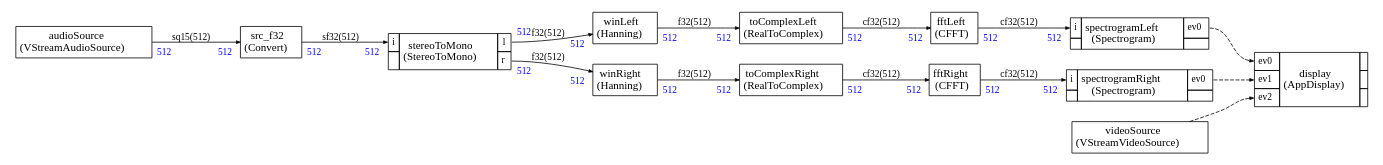
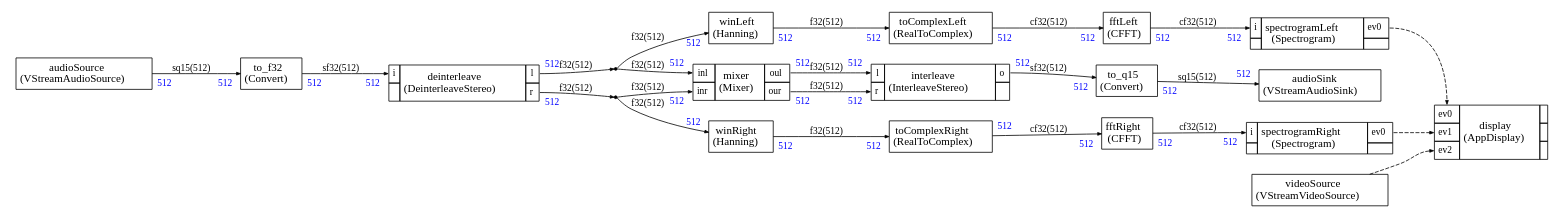
One commit to christophe0606/AlifAudioExample changed the diagram in App_HE/stream/scheduler/graph.dot. Above: the diagram before and after it, drawn with Graphviz. The commit also changed 36 other files, not shown here.

```diff
--- a/App_HE/stream/scheduler/graph.dot
+++ b/App_HE/stream/scheduler/graph.dot
@@ -9,12 +9,39 @@
     edge [arrowsize="0.5",color="black",fontcolor="black",fontname="Times-Roman"]
 
 
+audioSink [label=<
+<TABLE color="black" bgcolor="none" BORDER="0" CELLBORDER="1" CELLSPACING="0" CELLPADDING="4">
+  <TR>
+    <TD ALIGN="CENTER" PORT="i"><FONT COLOR="black" POINT-SIZE="14.0">audioSink<BR/>(VStreamAudioSink)</FONT></TD>
+  </TR>
+</TABLE>>];
+
 audioSource [label=<
 <TABLE color="black" bgcolor="none" BORDER="0" CELLBORDER="1" CELLSPACING="0" CELLPADDING="4">
   <TR>
     <TD ALIGN="CENTER" PORT="i"><FONT COLOR="black" POINT-SIZE="14.0">audioSource<BR/>(VStreamAudioSource)</FONT></TD>
   </TR>
 </TABLE>>];
+
+
+deinterleave [label=<
+<TABLE color="black" bgcolor="none" BORDER="0" CELLBORDER="1" CELLSPACING="0" CELLPADDING="4">
+  <TR>
+    <TD PORT="i"><FONT POINT-SIZE="12.0" COLOR="black">i</FONT></TD>
+    <TD ALIGN="CENTER" ROWSPAN="2"><FONT COLOR="black" POINT-SIZE="14.0">deinterleave<BR/>(DeinterleaveStereo)</FONT></TD>
+    <TD PORT="l"><FONT POINT-SIZE="12.0" COLOR="black">l</FONT></TD>
+  </TR>
+<TR>
+ 
+<TD></TD>
+<TD PORT="r"><FONT POINT-SIZE="12.0" COLOR="black">r</FONT></TD>
+</TR>
+
+</TABLE>>];
+
+dup0 [shape=point,label="dup0"]
+
+dup1 [shape=point,label="dup1"]
 
 fftLeft [label=<
 <TABLE color="black" bgcolor="none" BORDER="0" CELLBORDER="1" CELLSPACING="0" CELLPADDING="4">
@@ -28,6 +55,38 @@
   <TR>
     <TD ALIGN="CENTER" PORT="i"><FONT COLOR="black" POINT-SIZE="14.0">fftRight<BR/>(CFFT)</FONT></TD>
   </TR>
+</TABLE>>];
+
+
+interleave [label=<
+<TABLE color="black" bgcolor="none" BORDER="0" CELLBORDER="1" CELLSPACING="0" CELLPADDING="4">
+  <TR>
+    <TD PORT="l"><FONT POINT-SIZE="12.0" COLOR="black">l</FONT></TD>
+    <TD ALIGN="CENTER" ROWSPAN="2"><FONT COLOR="black" POINT-SIZE="14.0">interleave<BR/>(InterleaveStereo)</FONT></TD>
+    <TD PORT="o"><FONT POINT-SIZE="12.0" COLOR="black">o</FONT></TD>
+  </TR>
+<TR>
+<TD PORT="r"><FONT POINT-SIZE="12.0" COLOR="black">r</FONT></TD>
+
+ 
+<TD></TD></TR>
+
+</TABLE>>];
+
+
+mixer [label=<
+<TABLE color="black" bgcolor="none" BORDER="0" CELLBORDER="1" CELLSPACING="0" CELLPADDING="4">
+  <TR>
+    <TD PORT="inl"><FONT POINT-SIZE="12.0" COLOR="black">inl</FONT></TD>
+    <TD ALIGN="CENTER" ROWSPAN="2"><FONT COLOR="black" POINT-SIZE="14.0">mixer<BR/>(Mixer)</FONT></TD>
+    <TD PORT="oul"><FONT POINT-SIZE="12.0" COLOR="black">oul</FONT></TD>
+  </TR>
+<TR>
+<TD PORT="inr"><FONT POINT-SIZE="12.0" COLOR="black">inr</FONT></TD>
+
+<TD PORT="our"><FONT POINT-SIZE="12.0" COLOR="black">our</FONT></TD>
+</TR>
+
 </TABLE>>];
 
 
@@ -62,29 +121,6 @@
 
 </TABLE>>];
 
-src_f32 [label=<
-<TABLE color="black" bgcolor="none" BORDER="0" CELLBORDER="1" CELLSPACING="0" CELLPADDING="4">
-  <TR>
-    <TD ALIGN="CENTER" PORT="i"><FONT COLOR="black" POINT-SIZE="14.0">src_f32<BR/>(Convert)</FONT></TD>
-  </TR>
-</TABLE>>];
-
-
-stereoToMono [label=<
-<TABLE color="black" bgcolor="none" BORDER="0" CELLBORDER="1" CELLSPACING="0" CELLPADDING="4">
-  <TR>
-    <TD PORT="i"><FONT POINT-SIZE="12.0" COLOR="black">i</FONT></TD>
-    <TD ALIGN="CENTER" ROWSPAN="2"><FONT COLOR="black" POINT-SIZE="14.0">stereoToMono<BR/>(StereoToMono)</FONT></TD>
-    <TD PORT="l"><FONT POINT-SIZE="12.0" COLOR="black">l</FONT></TD>
-  </TR>
-<TR>
- 
-<TD></TD>
-<TD PORT="r"><FONT POINT-SIZE="12.0" COLOR="black">r</FONT></TD>
-</TR>
-
-</TABLE>>];
-
 toComplexLeft [label=<
 <TABLE color="black" bgcolor="none" BORDER="0" CELLBORDER="1" CELLSPACING="0" CELLPADDING="4">
   <TR>
@@ -96,6 +132,20 @@
 <TABLE color="black" bgcolor="none" BORDER="0" CELLBORDER="1" CELLSPACING="0" CELLPADDING="4">
   <TR>
     <TD ALIGN="CENTER" PORT="i"><FONT COLOR="black" POINT-SIZE="14.0">toComplexRight<BR/>(RealToComplex)</FONT></TD>
+  </TR>
+</TABLE>>];
+
+to_f32 [label=<
+<TABLE color="black" bgcolor="none" BORDER="0" CELLBORDER="1" CELLSPACING="0" CELLPADDING="4">
+  <TR>
+    <TD ALIGN="CENTER" PORT="i"><FONT COLOR="black" POINT-SIZE="14.0">to_f32<BR/>(Convert)</FONT></TD>
+  </TR>
+</TABLE>>];
+
+to_q15 [label=<
+<TABLE color="black" bgcolor="none" BORDER="0" CELLBORDER="1" CELLSPACING="0" CELLPADDING="4">
+  <TR>
+    <TD ALIGN="CENTER" PORT="i"><FONT COLOR="black" POINT-SIZE="14.0">to_q15<BR/>(Convert)</FONT></TD>
   </TR>
 </TABLE>>];
 
@@ -142,25 +192,13 @@
 
 
 
-audioSource:i -> src_f32:i [style="solid",color="black",fontsize="12.0",fontcolor="black",label=<sq15(512)>
+audioSource:i -> to_f32:i [style="solid",color="black",fontsize="12.0",fontcolor="black",label=<sq15(512)>
 ,headlabel=<<TABLE BORDER="0" CELLPADDING="4"><TR><TD><FONT COLOR="blue" POINT-SIZE="12.0" >512</FONT>
 </TD></TR></TABLE>>
 ,taillabel=<<TABLE BORDER="0" CELLPADDING="4"><TR><TD><FONT COLOR="blue" POINT-SIZE="12.0" >512</FONT>
 </TD></TR></TABLE>>]
 
-src_f32:i -> stereoToMono:i [style="solid",color="black",fontsize="12.0",fontcolor="black",label=<sf32(512)>
-,headlabel=<<TABLE BORDER="0" CELLPADDING="4"><TR><TD><FONT COLOR="blue" POINT-SIZE="12.0" >512</FONT>
-</TD></TR></TABLE>>
-,taillabel=<<TABLE BORDER="0" CELLPADDING="4"><TR><TD><FONT COLOR="blue" POINT-SIZE="12.0" >512</FONT>
-</TD></TR></TABLE>>]
-
-stereoToMono:l -> winLeft:i [style="solid",color="black",fontsize="12.0",fontcolor="black",label=<f32(512)>
-,headlabel=<<TABLE BORDER="0" CELLPADDING="4"><TR><TD><FONT COLOR="blue" POINT-SIZE="12.0" >512</FONT>
-</TD></TR></TABLE>>
-,taillabel=<<TABLE BORDER="0" CELLPADDING="4"><TR><TD><FONT COLOR="blue" POINT-SIZE="12.0" >512</FONT>
-</TD></TR></TABLE>>]
-
-stereoToMono:r -> winRight:i [style="solid",color="black",fontsize="12.0",fontcolor="black",label=<f32(512)>
+to_f32:i -> deinterleave:i [style="solid",color="black",fontsize="12.0",fontcolor="black",label=<sf32(512)>
 ,headlabel=<<TABLE BORDER="0" CELLPADDING="4"><TR><TD><FONT COLOR="blue" POINT-SIZE="12.0" >512</FONT>
 </TD></TR></TABLE>>
 ,taillabel=<<TABLE BORDER="0" CELLPADDING="4"><TR><TD><FONT COLOR="blue" POINT-SIZE="12.0" >512</FONT>
@@ -202,6 +240,66 @@
 ,taillabel=<<TABLE BORDER="0" CELLPADDING="4"><TR><TD><FONT COLOR="blue" POINT-SIZE="12.0" >512</FONT>
 </TD></TR></TABLE>>]
 
+mixer:oul -> interleave:l [style="solid",color="black",fontsize="12.0",fontcolor="black",label=<f32(512)>
+,headlabel=<<TABLE BORDER="0" CELLPADDING="4"><TR><TD><FONT COLOR="blue" POINT-SIZE="12.0" >512</FONT>
+</TD></TR></TABLE>>
+,taillabel=<<TABLE BORDER="0" CELLPADDING="4"><TR><TD><FONT COLOR="blue" POINT-SIZE="12.0" >512</FONT>
+</TD></TR></TABLE>>]
+
+mixer:our -> interleave:r [style="solid",color="black",fontsize="12.0",fontcolor="black",label=<f32(512)>
+,headlabel=<<TABLE BORDER="0" CELLPADDING="4"><TR><TD><FONT COLOR="blue" POINT-SIZE="12.0" >512</FONT>
+</TD></TR></TABLE>>
+,taillabel=<<TABLE BORDER="0" CELLPADDING="4"><TR><TD><FONT COLOR="blue" POINT-SIZE="12.0" >512</FONT>
+</TD></TR></TABLE>>]
+
+interleave:o -> to_q15:i [style="solid",color="black",fontsize="12.0",fontcolor="black",label=<sf32(512)>
+,headlabel=<<TABLE BORDER="0" CELLPADDING="4"><TR><TD><FONT COLOR="blue" POINT-SIZE="12.0" >512</FONT>
+</TD></TR></TABLE>>
+,taillabel=<<TABLE BORDER="0" CELLPADDING="4"><TR><TD><FONT COLOR="blue" POINT-SIZE="12.0" >512</FONT>
+</TD></TR></TABLE>>]
+
+to_q15:i -> audioSink:i [style="solid",color="black",fontsize="12.0",fontcolor="black",label=<sq15(512)>
+,headlabel=<<TABLE BORDER="0" CELLPADDING="4"><TR><TD><FONT COLOR="blue" POINT-SIZE="12.0" >512</FONT>
+</TD></TR></TABLE>>
+,taillabel=<<TABLE BORDER="0" CELLPADDING="4"><TR><TD><FONT COLOR="blue" POINT-SIZE="12.0" >512</FONT>
+</TD></TR></TABLE>>]
+
+deinterleave:l ->  
+dup0 [style="solid",color="black",fontsize="12.0",fontcolor="black",label=<f32(512)>
+
+,taillabel=<<TABLE BORDER="0" CELLPADDING="4"><TR><TD><FONT COLOR="blue" POINT-SIZE="12.0" >512</FONT>
+</TD></TR></TABLE>>]
+
+ 
+dup0 -> winLeft:i [style="solid",color="black",fontsize="12.0",fontcolor="black",label=<f32(512)>
+,headlabel=<<TABLE BORDER="0" CELLPADDING="4"><TR><TD><FONT COLOR="blue" POINT-SIZE="12.0" >512</FONT>
+</TD></TR></TABLE>>
+]
+
+ 
+dup0 -> mixer:inl [style="solid",color="black",fontsize="12.0",fontcolor="black",label=<f32(512)>
+,headlabel=<<TABLE BORDER="0" CELLPADDING="4"><TR><TD><FONT COLOR="blue" POINT-SIZE="12.0" >512</FONT>
+</TD></TR></TABLE>>
+]
+
+deinterleave:r ->  
+dup1 [style="solid",color="black",fontsize="12.0",fontcolor="black",label=<f32(512)>
+
+,taillabel=<<TABLE BORDER="0" CELLPADDING="4"><TR><TD><FONT COLOR="blue" POINT-SIZE="12.0" >512</FONT>
+</TD></TR></TABLE>>]
+
+ 
+dup1 -> winRight:i [style="solid",color="black",fontsize="12.0",fontcolor="black",label=<f32(512)>
+,headlabel=<<TABLE BORDER="0" CELLPADDING="4"><TR><TD><FONT COLOR="blue" POINT-SIZE="12.0" >512</FONT>
+</TD></TR></TABLE>>
+]
+
+ 
+dup1 -> mixer:inr [style="solid",color="black",fontsize="12.0",fontcolor="black",label=<f32(512)>
+,headlabel=<<TABLE BORDER="0" CELLPADDING="4"><TR><TD><FONT COLOR="blue" POINT-SIZE="12.0" >512</FONT>
+</TD></TR></TABLE>>
+]
+
 
 
 spectrogramLeft:0 -> display:0 [style="dashed",color="black",fontsize="12.0",fontcolor="black",label=<>
```
